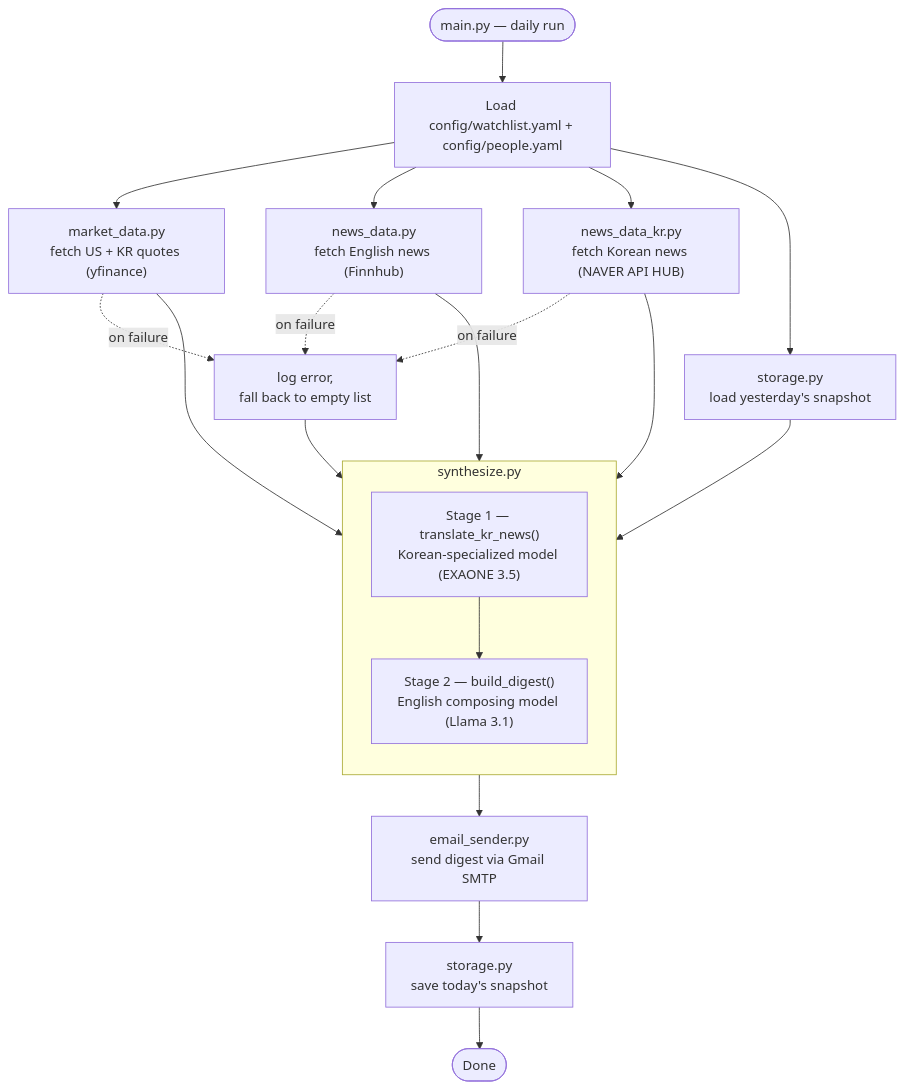
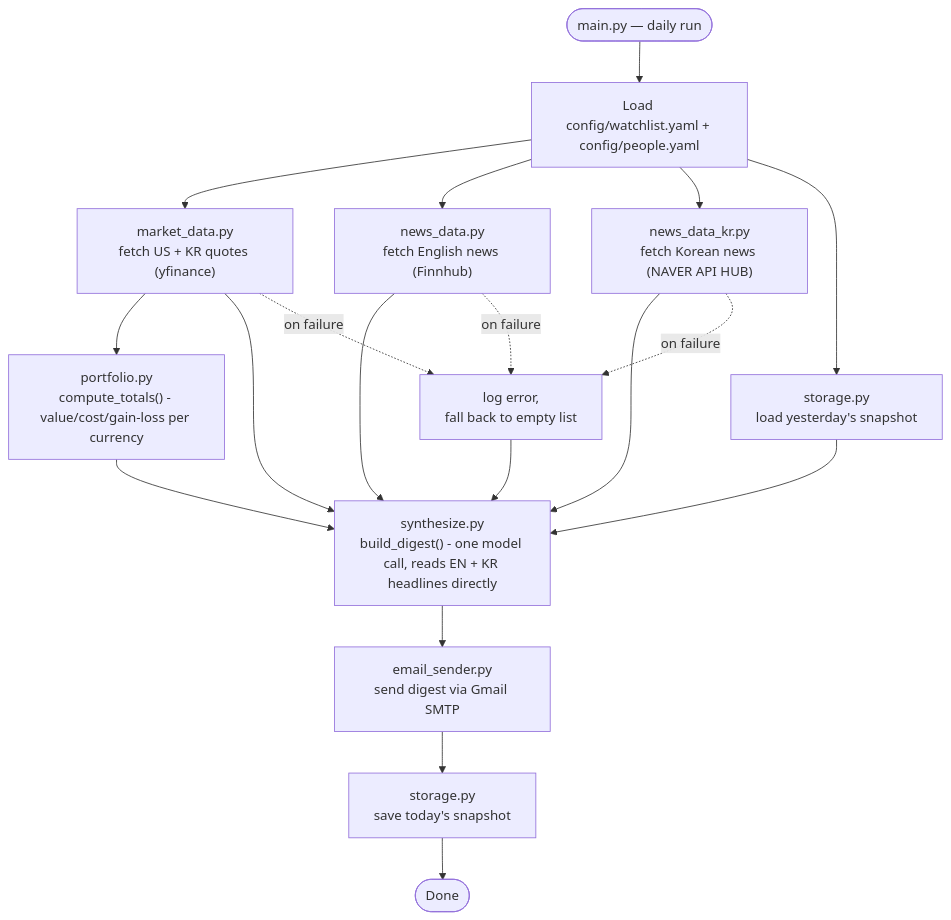
Before and after one commit to syounlee/DailyMarketDigest: the diagram in README.md, drawn with Mermaid. The commit also changed other lines of this file and 1 other file, not shown here.

First line of the commit message:
Update docs for no-translation pipeline and Portfolio Status

````diff
--- a/README.md
+++ b/README.md
@@ -18,30 +21,27 @@
 ```mermaid
 flowchart TD
     Start(["main.py — daily run"]) --> Config["Load config/watchlist.yaml + config/people.yaml"]
 
     Config --> Market["market_data.py<br/>fetch US + KR quotes (yfinance)"]
     Config --> NewsEN["news_data.py<br/>fetch English news (Finnhub)"]
     Config --> NewsKR["news_data_kr.py<br/>fetch Korean news (NAVER API HUB)"]
     Config --> Snap["storage.py<br/>load yesterday's snapshot"]
 
+    Market --> Portfolio["portfolio.py<br/>compute_totals() - value/cost/gain-loss per currency"]
     Market --> Synth
     NewsEN --> Synth
     NewsKR --> Synth
     Snap --> Synth
+    Portfolio --> Synth
 
-    subgraph Synth["synthesize.py"]
-        direction TB
-        S1["Stage 1 — translate_kr_news()<br/>Korean-specialized model (EXAONE 3.5)"]
-        S2["Stage 2 — build_digest()<br/>English composing model (Llama 3.1)"]
-        S1 --> S2
-    end
+    Synth["synthesize.py<br/>build_digest() - one model call, reads EN + KR headlines directly"]
 
     Synth --> Email["email_sender.py<br/>send digest via Gmail SMTP"]
     Email --> SaveSnap["storage.py<br/>save today's snapshot"]
     SaveSnap --> Done(["Done"])
 
     Market -. on failure .-> FB["log error,<br/>fall back to empty list"]
     NewsEN -. on failure .-> FB
     NewsKR -. on failure .-> FB
     FB --> Synth
 ```
````
